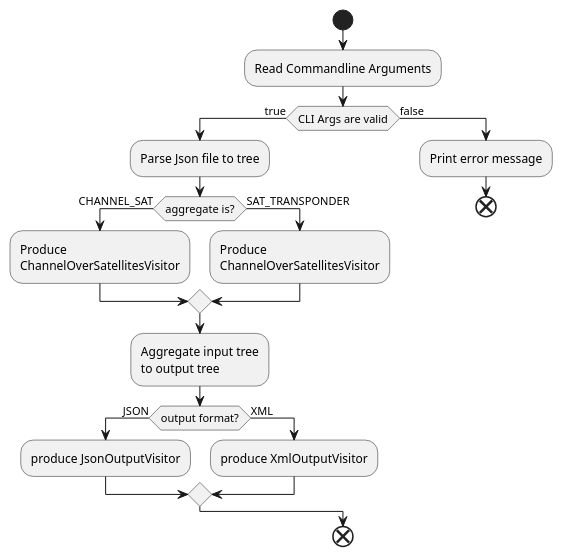
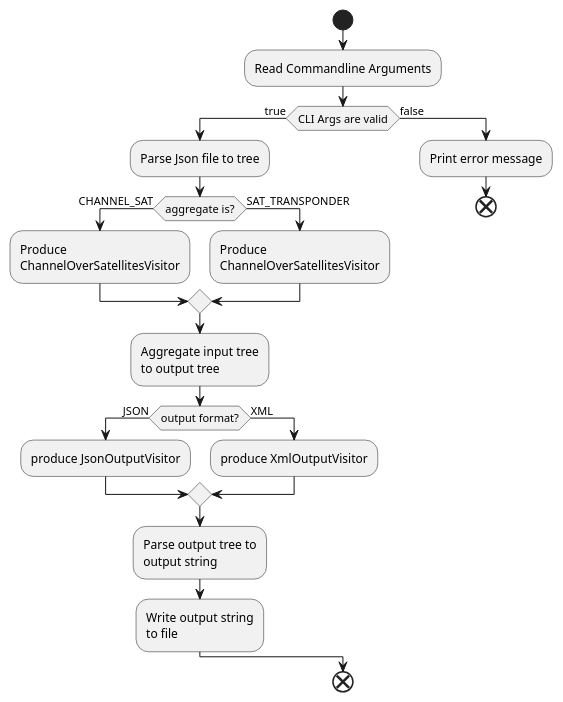
The diagram in UML-Diagramme/activityDiagram.puml (DHBW-INF2020/SWE2022_LS_LB_PK), drawn with PlantUML before and after one commit.

Commit message:
finished v1.0 of activityDiagram.puml

```diff
--- a/UML-Diagramme/activityDiagram.puml
+++ b/UML-Diagramme/activityDiagram.puml
@@ -2,29 +2,33 @@
 @startuml
 
 start
 
 :Read Commandline Arguments;
 
 if (CLI Args are valid) then (true)
   :Parse Json file to tree;
   if (aggregate is?) then (CHANNEL_SAT)
       :Produce
       ChannelOverSatellitesVisitor;
   else (SAT_TRANSPONDER)
       :Produce
       ChannelOverSatellitesVisitor;
   endif
   :Aggregate input tree
   to output tree;
   if (output format?) is (JSON) then
     :produce JsonOutputVisitor;
   else (XML)
     :produce XmlOutputVisitor;
   endif
+  :Parse output tree to
+  output string;
+  :Write output string
+  to file;
 else (false)
     :Print error message;
     end
 endif
 end
 
 @enduml
```
